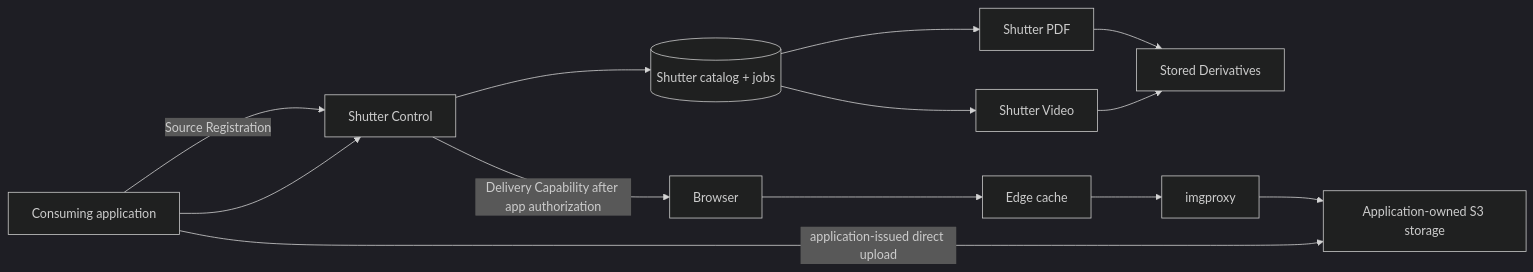
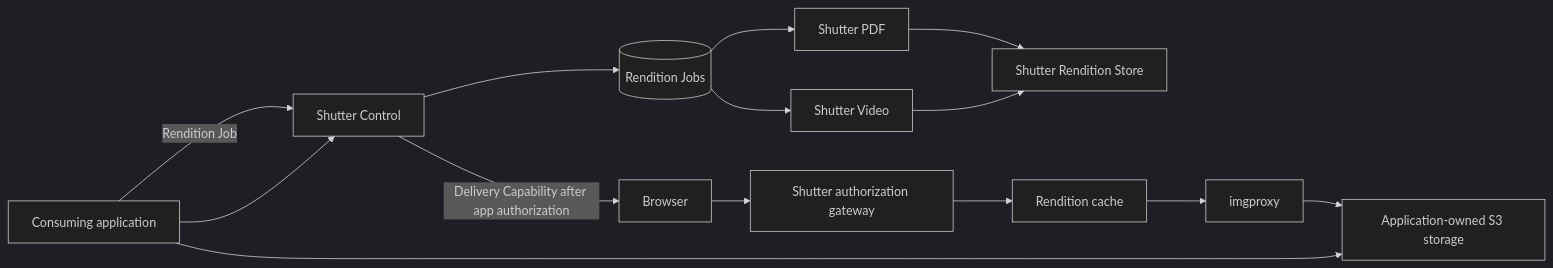
Before and after one commit to Traydr/shutter: the diagram in docs/architecture.md, drawn with Mermaid (dark theme). The commit also changed other lines of this file and 12 other files, not shown here.

````diff
--- a/docs/architecture.md
+++ b/docs/architecture.md
@@ -13,13 +13,14 @@
 ```mermaid
 flowchart LR
   app["Consuming application"] --> control["Shutter Control"]
-  app -->|"application-issued direct upload"| source["Application-owned S3 storage"]
-  app -->|"Source Registration"| control
-  control --> catalog[("Shutter catalog + jobs")]
-  catalog --> video["Shutter Video"]
-  catalog --> pdf["Shutter PDF"]
-  video --> derived["Stored Derivatives"]
+  app --> source["Application-owned S3 storage"]
+  app -->|"Rendition Job"| control
+  control --> jobs[("Rendition Jobs")]
+  jobs --> video["Shutter Video"]
+  jobs --> pdf["Shutter PDF"]
+  video --> derived["Shutter Rendition Store"]
   pdf --> derived
-  browser["Browser"] --> cache["Edge cache"] --> image["imgproxy"] --> source
+  browser["Browser"] --> gateway["Shutter authorization gateway"]
+  gateway --> cache["Rendition cache"] --> image["imgproxy"] --> source
   control -->|"Delivery Capability after app authorization"| browser
 ```
````
